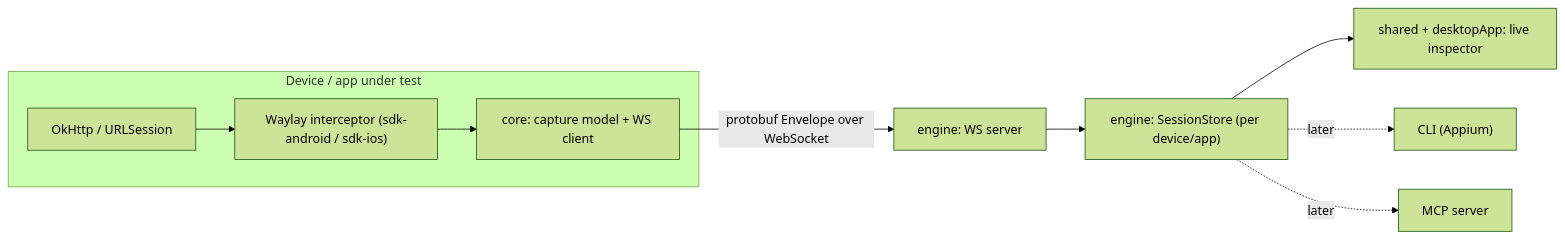
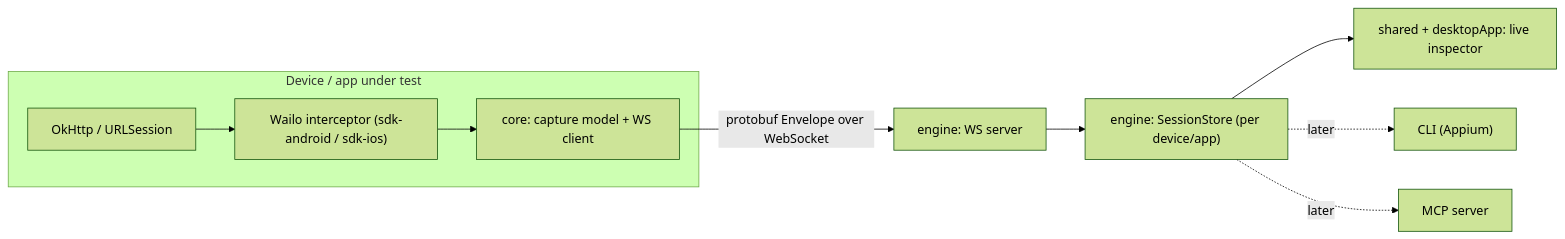
Before and after one commit to venbiasa/wailo: the diagram in ARCHITECTURE.md, drawn with Mermaid (forest theme). The commit also changed other lines of this file and 26 other files, not shown here.

````diff
--- a/ARCHITECTURE.md
+++ b/ARCHITECTURE.md
@@ -21,12 +21,12 @@
 ```mermaid
 flowchart LR
   subgraph device [Device / app under test]
-    ok[OkHttp / URLSession] --> intc["Waylay interceptor (sdk-android / sdk-ios)"]
+    ok[OkHttp / URLSession] --> intc["Wailo interceptor (sdk-android / sdk-ios)"]
     intc --> core["core: capture model + WS client"]
   end
   core -->|"protobuf Envelope over WebSocket"| server["engine: WS server"]
   server --> store["engine: SessionStore (per device/app)"]
   store --> ui["shared + desktopApp: live inspector"]
   store -. later .-> cli["CLI (Appium)"]
   store -. later .-> mcp["MCP server"]
 ```
````
